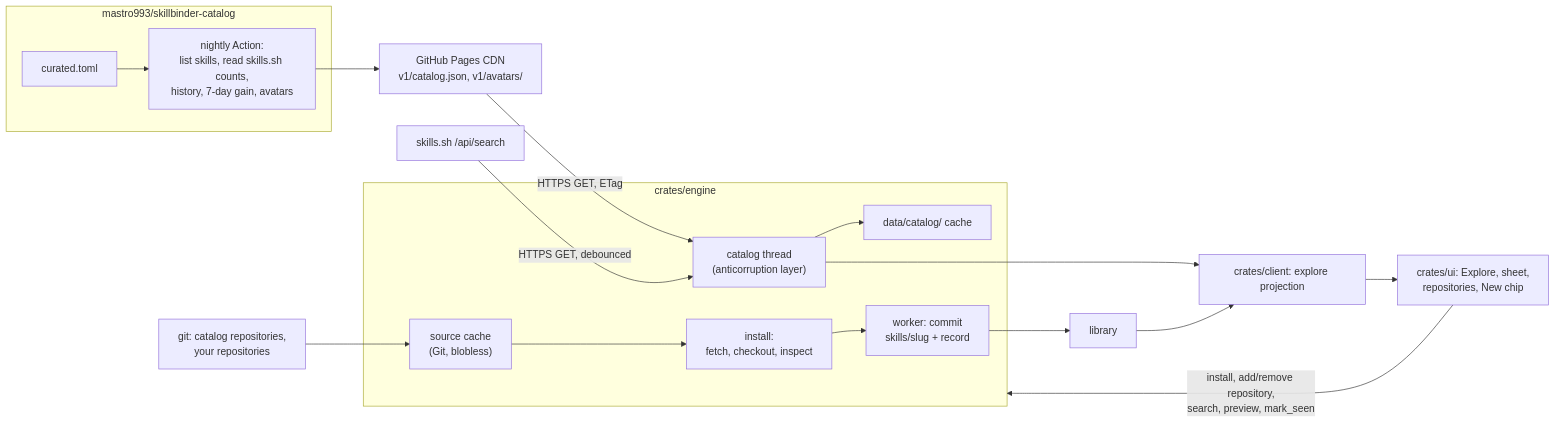
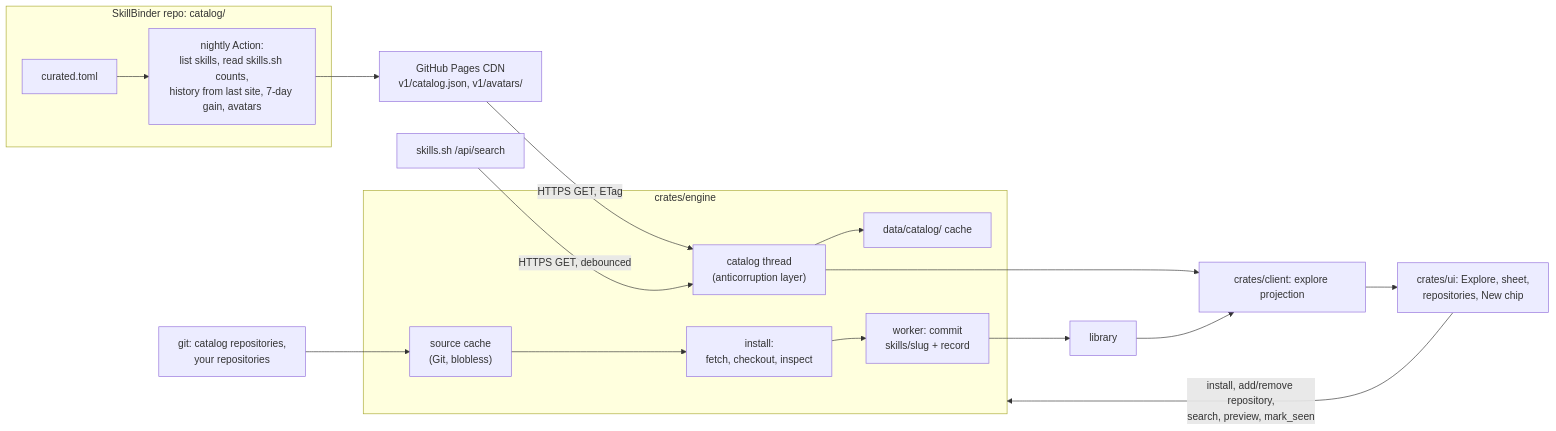
Before and after one commit to mastro993/SkillBinder: the diagram in docs/specs/explore-and-install/design.md, drawn with Mermaid. The commit also changed other lines of this file and 3 other files, not shown here.

First line of the commit message:
docs(explore): host the catalog job in SkillBinder's own repository

````diff
--- a/docs/specs/explore-and-install/design.md
+++ b/docs/specs/explore-and-install/design.md
@@ -7,20 +7,20 @@
 ```mermaid
 flowchart LR
-  subgraph catalog_repo["mastro993/skillbinder-catalog"]
-    CT["curated.toml"] --> JOB["nightly Action:<br/>list skills, read skills.sh counts,<br/>history, 7-day gain, avatars"]
+  subgraph catalog_repo["SkillBinder repo: catalog/"]
+    CT["curated.toml"] --> JOB["nightly Action:<br/>list skills, read skills.sh counts,<br/>history from last site, 7-day gain, avatars"]
   end
   JOB --> CDN["GitHub Pages CDN<br/>v1/catalog.json, v1/avatars/"]
   SH["skills.sh /api/search"]
   subgraph engine["crates/engine"]
     CAT["catalog thread<br/>(anticorruption layer)"] --> CACHE["data/catalog/ cache"]
     SC["source cache<br/>(Git, blobless)"] --> INS["install:<br/>fetch, checkout, inspect"]
     INS --> W["worker: commit<br/>skills/slug + record"]
   end
   CDN -- "HTTPS GET, ETag" --> CAT
   SH -- "HTTPS GET, debounced" --> CAT
   GIT["git: catalog repositories,<br/>your repositories"] --> SC
   CAT --> CL["crates/client: explore projection"]
   W --> LIB["library"] --> CL
   CL --> UI["crates/ui: Explore, sheet,<br/>repositories, New chip"]
   UI -- "install, add/remove repository,<br/>search, preview, mark_seen" --> engine
 ```
````
